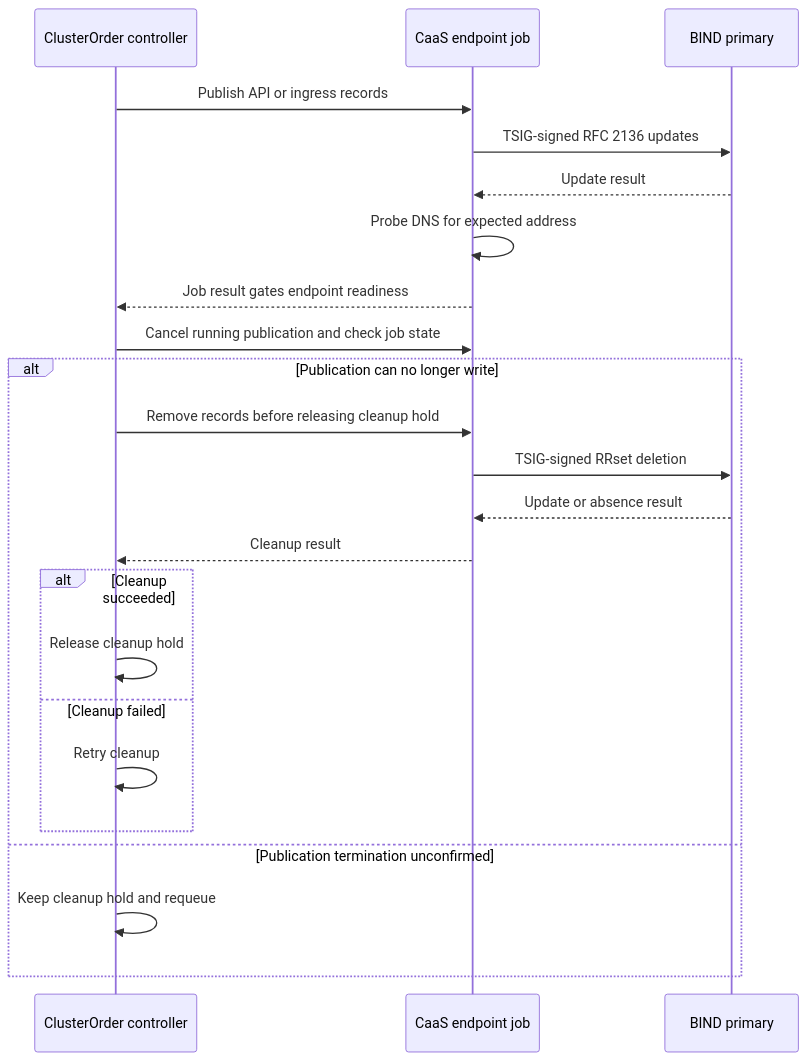
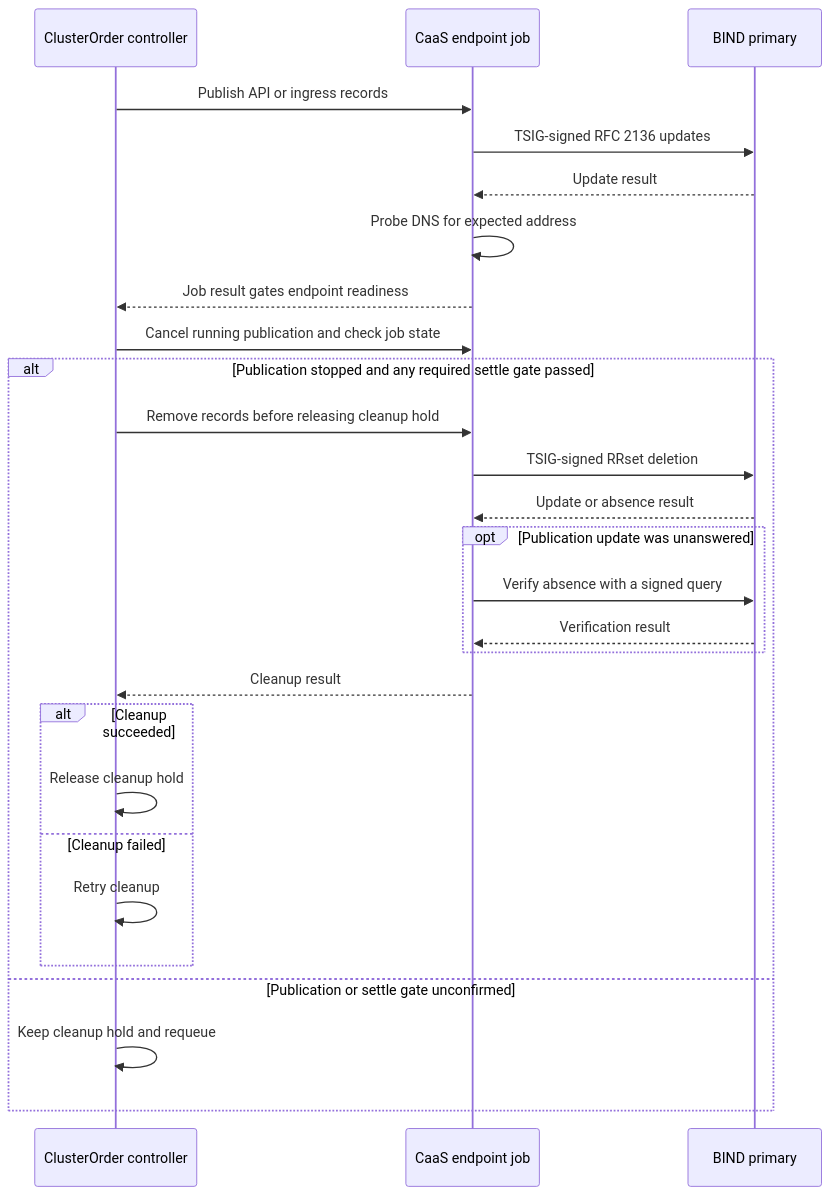
Before and after one commit to osac-project/enhancement-proposals: the diagram in enhancements/OSAC-2281-local-dns-backend-bind/design.md, drawn with Mermaid. The commit also changed other lines of this file and 1 other file, not shown here.

Commit message:
OSAC-2281: Bound forward clock skew in DNS cleanup gate

````diff
--- a/enhancements/OSAC-2281-local-dns-backend-bind/design.md
+++ b/enhancements/OSAC-2281-local-dns-backend-bind/design.md
@@ -101,25 +103,29 @@
 ```mermaid
 sequenceDiagram
     participant CO as ClusterOrder controller
     participant AAP as CaaS endpoint job
     participant DNS as BIND primary
     CO->>AAP: Publish API or ingress records
     AAP->>DNS: TSIG-signed RFC 2136 updates
     DNS-->>AAP: Update result
     AAP->>AAP: Probe DNS for expected address
     AAP-->>CO: Job result gates endpoint readiness
     CO->>AAP: Cancel running publication and check job state
-    alt Publication can no longer write
+    alt Publication stopped and any required settle gate passed
         CO->>AAP: Remove records before releasing cleanup hold
         AAP->>DNS: TSIG-signed RRset deletion
         DNS-->>AAP: Update or absence result
+        opt Publication update was unanswered
+            AAP->>DNS: Verify absence with a signed query
+            DNS-->>AAP: Verification result
+        end
         AAP-->>CO: Cleanup result
         alt Cleanup succeeded
             CO->>CO: Release cleanup hold
         else Cleanup failed
             CO->>CO: Retry cleanup
         end
-    else Publication termination unconfirmed
+    else Publication or settle gate unconfirmed
         CO->>CO: Keep cleanup hold and requeue
     end
 ```
````
